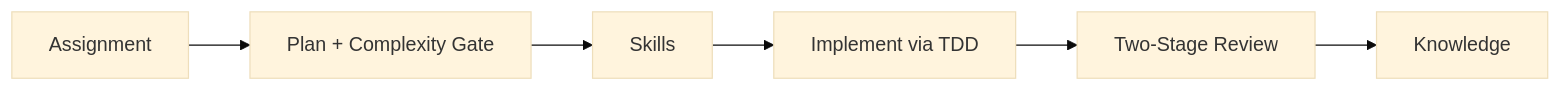
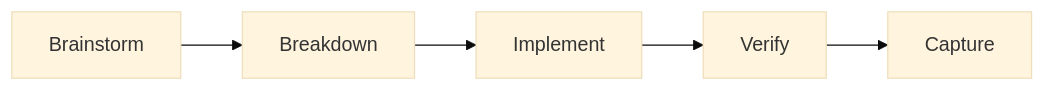
One commit to leiwu0227/specdev-cli changed the diagram in README.md. Above: the diagram before and after it, drawn with Mermaid (base theme). The commit also changed other lines of this file, not shown here.

First line of the commit message:
docs: rewrite README to reflect current 5-phase 2-agent architecture

````diff
--- a/README.md
+++ b/README.md
@@ -5,8 +5,7 @@
 ```mermaid
 graph LR
-    A[Assignment] --> P[Plan + Complexity Gate]
-    P --> S[Skills]
-    S --> I[Implement via TDD]
-    I --> V[Two-Stage Review]
-    V --> K[Knowledge]
+    B[Brainstorm] --> D[Breakdown]
+    D --> I[Implement]
+    I --> V[Verify]
+    V --> C[Capture]
 ```
````
